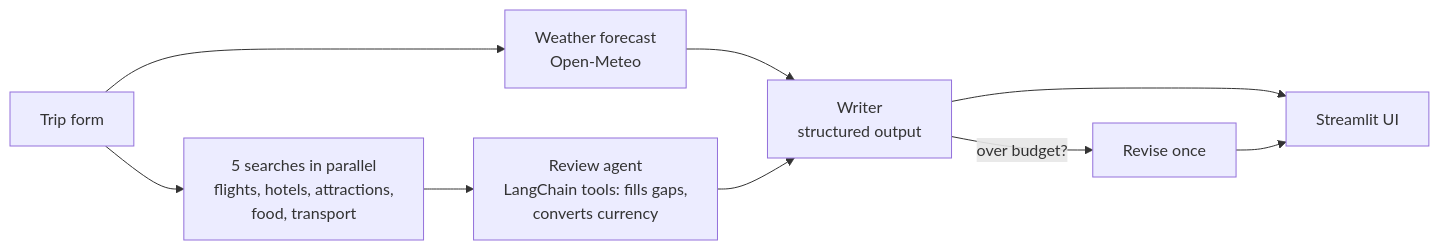
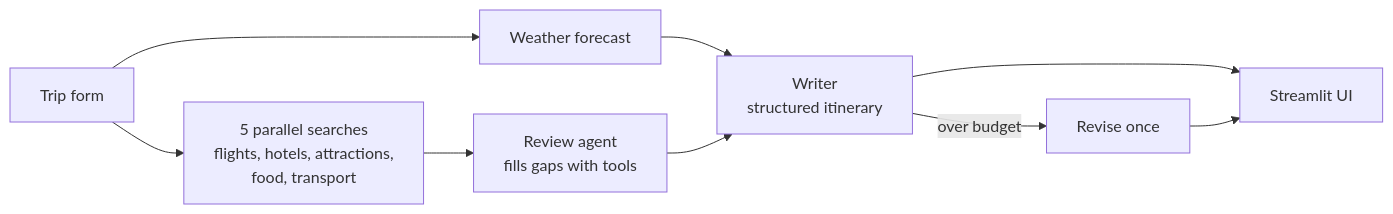
The diagram in README.md (arunak1998/Ai_Agents), drawn with Mermaid before and after one commit. The commit also changed other lines of this file and 1 other file, not shown here.

````diff
--- a/README.md
+++ b/README.md
@@ -17,11 +16,11 @@
 ```mermaid
 flowchart LR
-    F[Trip form] --> W[Weather forecast<br/>Open-Meteo]
-    F --> S[5 searches in parallel<br/>flights, hotels, attractions,<br/>food, transport]
-    S --> R[Review agent<br/>LangChain tools: fills gaps,<br/>converts currency]
-    W --> P[Writer<br/>structured output]
+    F[Trip form] --> W[Weather forecast]
+    F --> S[5 parallel searches<br/>flights, hotels, attractions,<br/>food, transport]
+    S --> R[Review agent<br/>fills gaps with tools]
+    W --> P[Writer<br/>structured itinerary]
     R --> P
-    P -->|over budget?| V[Revise once]
+    P -->|over budget| V[Revise once]
     P --> U[Streamlit UI]
     V --> U
 ```
````
